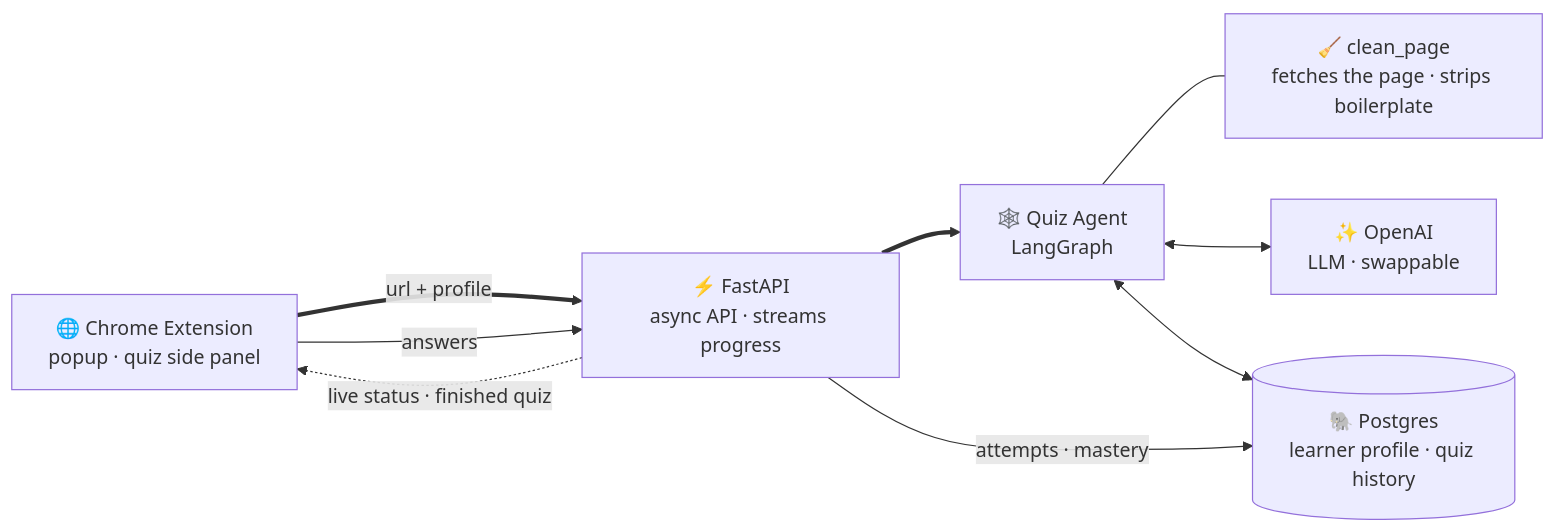
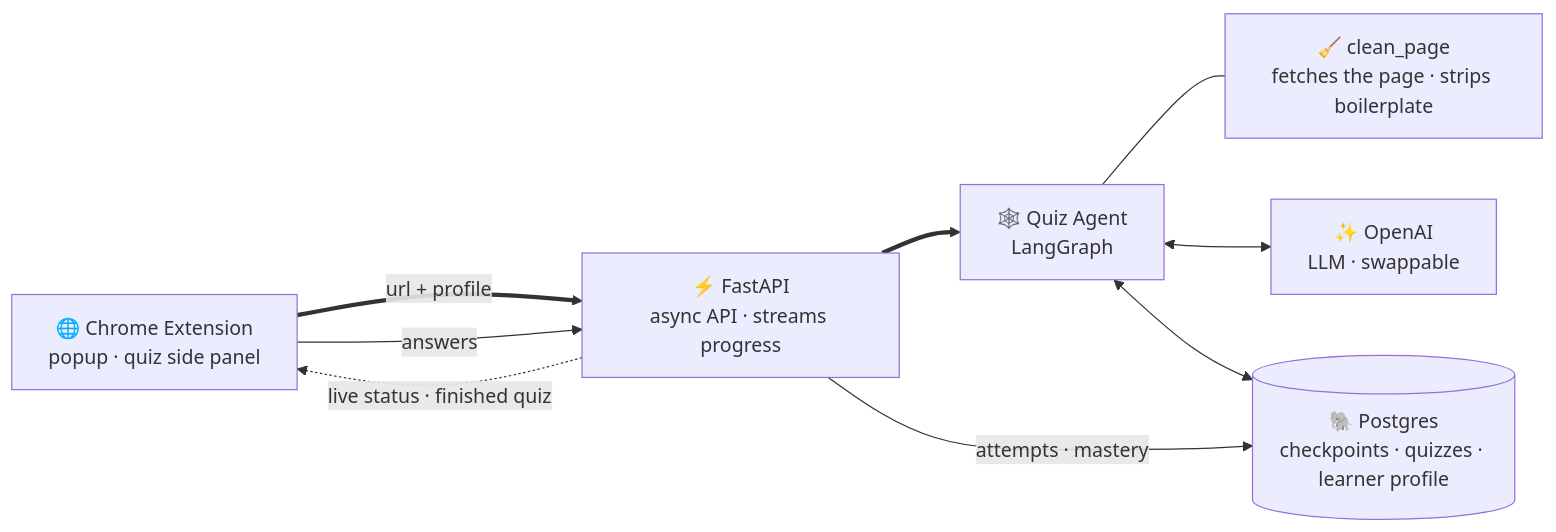
One commit to bukunmialuko/hyris changed the first of 2 diagrams in README.md. Above: the diagram before and after it, drawn with Mermaid. The commit also changed other lines of this file, not shown here.

````diff
--- a/README.md
+++ b/README.md
@@ -139,18 +159,18 @@
 ```mermaid
 flowchart LR
   CHROME["🌐 Chrome Extension<br/>popup · quiz side panel"]
   API["⚡ FastAPI<br/>async API · streams progress"]
   AGENT["🕸️ Quiz Agent<br/>LangGraph"]
   TOOL["🧹 clean_page<br/>fetches the page · strips boilerplate"]
   LLM["✨ OpenAI<br/>LLM · swappable"]
-  DB[("🐘 Postgres<br/>learner profile · quiz history")]
+  DB[("🐘 Postgres<br/>checkpoints · quizzes · learner profile")]
 
   CHROME == "url + profile" ==> API
   API -. "live status · finished quiz" .-> CHROME
   CHROME -- "answers" --> API
   API ==> AGENT
   AGENT --- TOOL
   AGENT <--> LLM
   AGENT <--> DB
   API -- "attempts · mastery" --> DB
 ```
````
